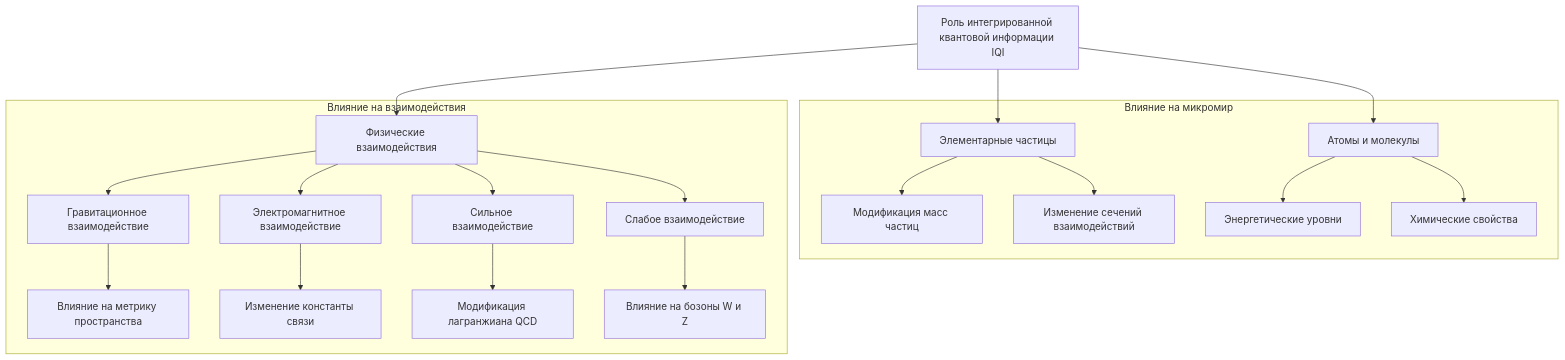
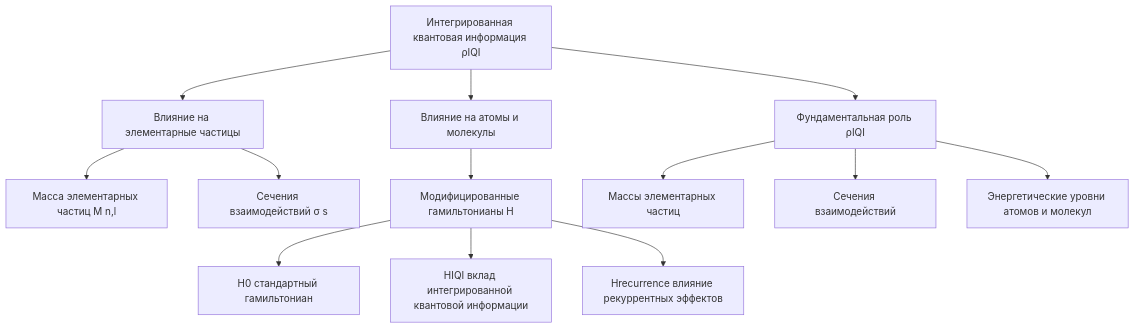
One commit to commeta/consciousness changed diagram 13 of 28 in The-Theory-of-Everything.md. Above: the diagram before and after it, drawn with Mermaid. The commit also changed other lines of this file, not shown here.

````diff
--- a/The-Theory-of-Everything.md
+++ b/The-Theory-of-Everything.md
@@ -560,44 +437,17 @@
 ```mermaid
-graph TB
-    A[Роль интегрированной квантовой информации IQI]
-    A --> B[Элементарные частицы]
-    A --> C[Атомы и молекулы]
-    A --> D[Физические взаимодействия]
-
-    B --> E[Модификация масс частиц]
-    B --> F[Изменение сечений взаимодействий]
-
-    C --> G[Энергетические уровни]
-    C --> H[Химические свойства]
-
-    D --> I[Гравитационное взаимодействие]
-    D --> J[Электромагнитное взаимодействие]
-    D --> K[Сильное взаимодействие]
-    D --> L[Слабое взаимодействие]
-
-    I --> M[Влияние на метрику пространства]
-    J --> N[Изменение константы связи]
-    K --> O[Модификация лагранжиана QCD]
-    L --> P[Влияние на бозоны W и Z]
-
-    subgraph Влияние на микромир
-        B
-        E
-        F
-        C
-        G
-        H
-    end
-
-    subgraph Влияние на взаимодействия
-        D
-        I
-        J
-        K
-        L
-        M
-        N
-        O
-        P
-    end
+graph TD
+    A[Интегрированная квантовая информация ρIQI] --> B[Влияние на элементарные частицы]
+    B --> C[Масса элементарных частиц M n,l ]
+    B --> D[Сечения взаимодействий σ s]
+    
+    A --> E[Влияние на атомы и молекулы]
+    E --> F[Модифицированные гамильтонианы H]
+    F --> G[H0 стандартный гамильтониан]
+    F --> H[HIQI вклад интегрированной квантовой информации]
+    F --> I[Hrecurrence влияние рекуррентных эффектов]
+    
+    A --> J[Фундаментальная роль ρIQI]
+    J --> K[Массы элементарных частиц]
+    J --> L[Сечения взаимодействий]
+    J --> M[Энергетические уровни атомов и молекул]
 ```
````
